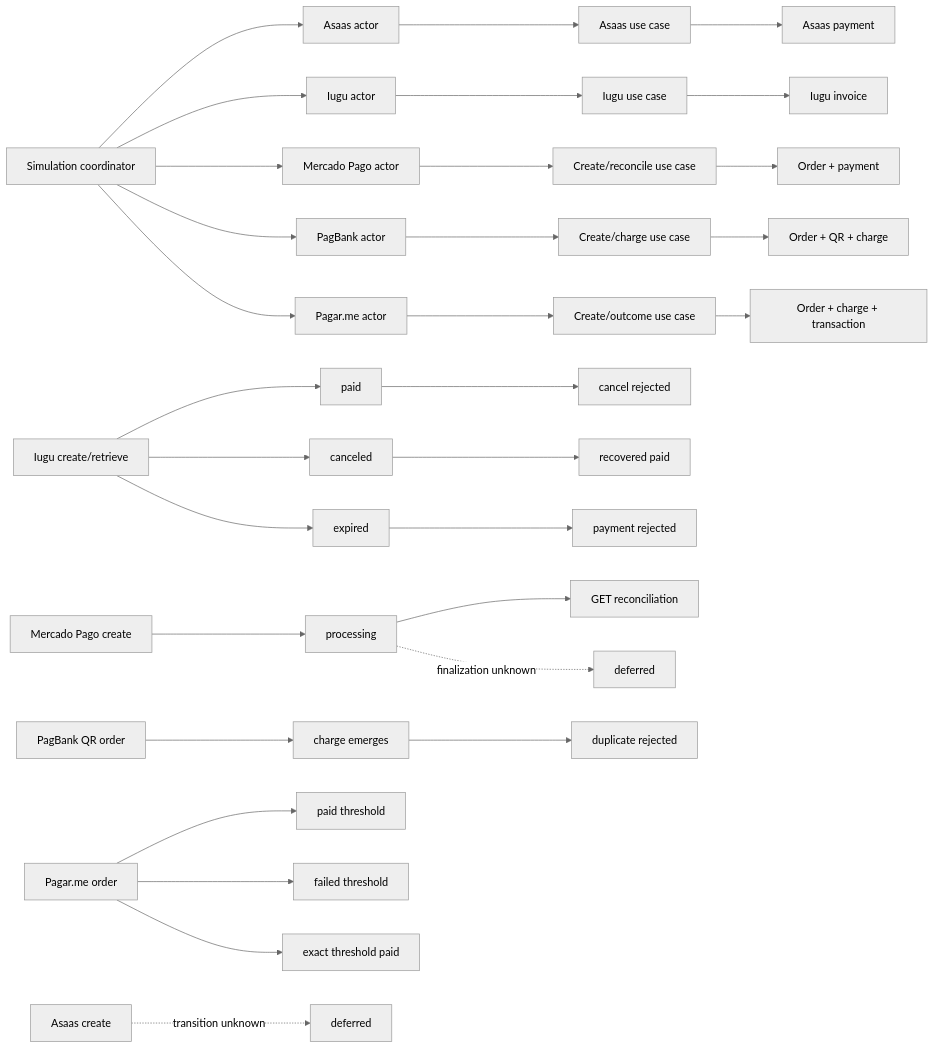
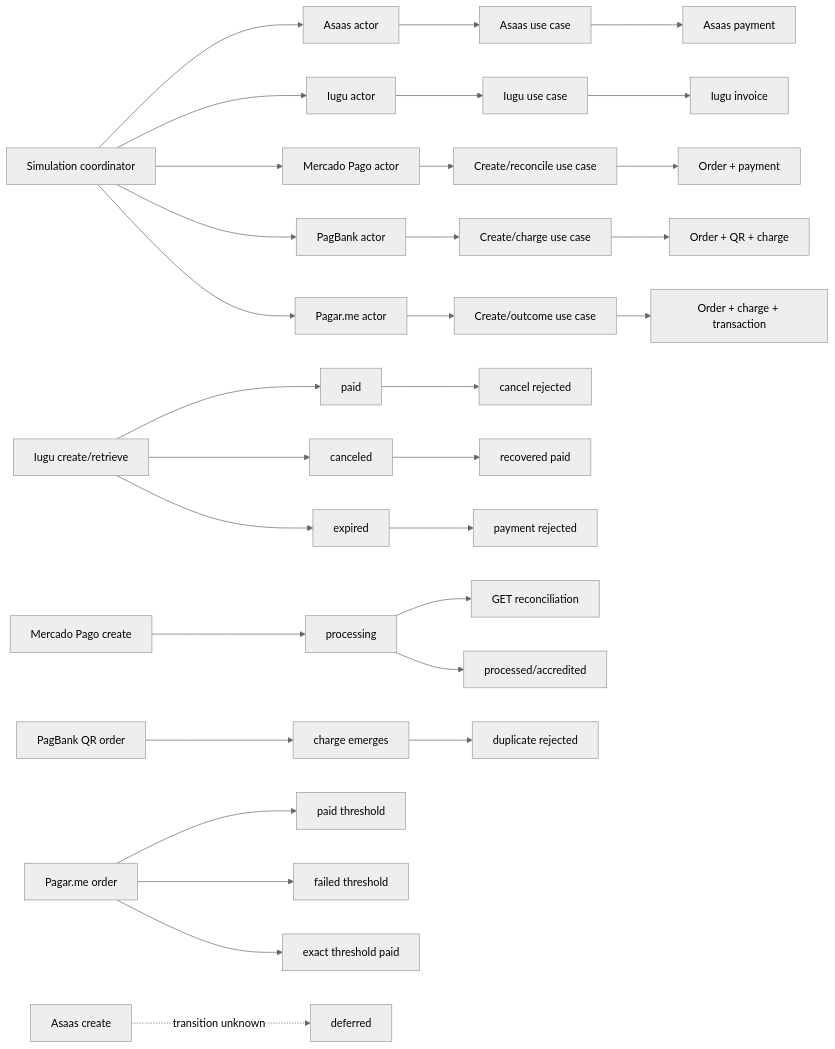
One commit to wastingnotime/open-payment-protocol changed the diagram in sandboxes/simulation/docs/semantics/native_scenario_graph.md. Above: the diagram before and after it, drawn with Mermaid (neutral theme). The commit also changed other lines of this file and 10 other files, not shown here.

````diff
--- a/sandboxes/simulation/docs/semantics/native_scenario_graph.md
+++ b/sandboxes/simulation/docs/semantics/native_scenario_graph.md
@@ -8,22 +8,22 @@
 ```mermaid
 flowchart LR
   AC[Simulation coordinator] --> AA[Asaas actor] --> AUC[Asaas use case] --> AR[Asaas payment]
   AC --> AI[Iugu actor] --> IUC[Iugu use case] --> IR[Iugu invoice]
   AC --> AM[Mercado Pago actor] --> MUC[Create/reconcile use case] --> MR[Order + payment]
   AC --> AB[PagBank actor] --> BUC[Create/charge use case] --> BR[Order + QR + charge]
   AC --> AP[Pagar.me actor] --> PUC[Create/outcome use case] --> PR[Order + charge + transaction]
   I1[Iugu create/retrieve] --> I7[paid]
   I1 --> I8[canceled] --> I10[recovered paid]
   I1 --> I9[expired]
   I7 --> I11[cancel rejected]
   I9 --> I12[payment rejected]
   MP1[Mercado Pago create] --> MP4[processing]
   MP4 --> MP5[GET reconciliation]
   PB1[PagBank QR order] --> PB4[charge emerges]
   PB4 --> PB6[duplicate rejected]
   PG1[Pagar.me order] --> PG3[paid threshold]
   PG1 --> PG4[failed threshold]
   PG1 --> PG8[exact threshold paid]
   AS1[Asaas create] -. transition unknown .-> ASU[deferred]
-  MP4 -. finalization unknown .-> MPU[deferred]
+  MP4 --> MP18[processed/accredited]
 ```
````
